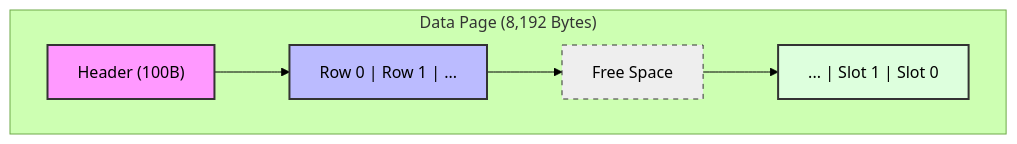
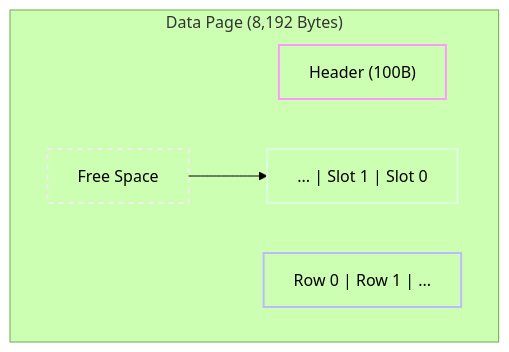
The first of 2 diagrams in docs/structure.md (izure1/dataply), drawn with Mermaid (forest theme) before and after one commit. The commit also changed other lines of this file and 2 other files, not shown here.

Commit message:
docs: 예시 업데이트

````diff
--- a/docs/structure.md
+++ b/docs/structure.md
@@ -54,19 +54,17 @@
 ```mermaid
 graph LR
     subgraph Page ["Data Page (8,192 Bytes)"]
         direction LR
         Header["Header (100B)"]
         Data["Row 0 | Row 1 | ..."]
         Free["Free Space"]
         Slots["... | Slot 1 | Slot 0"]
         
-        Header --> Data
-        Data --> Free
         Free --> Slots
     end
-    
-    style Header fill:#f9f,stroke:#333,stroke-width:2px
-    style Data fill:#bbf,stroke:#333,stroke-width:2px
-    style Free fill:#eee,stroke:#333,stroke-dasharray: 5 5
-    style Slots fill:#dfd,stroke:#333,stroke-width:2px
+
+    style Header fill:none,stroke:#f9f,stroke-width:2px
+    style Data fill:none,stroke:#bbf,stroke-width:2px
+    style Free fill:none,stroke:#eee,stroke-width:2px,stroke-dasharray: 5 5
+    style Slots fill:none,stroke:#dfd,stroke-width:2px
 ```
````
